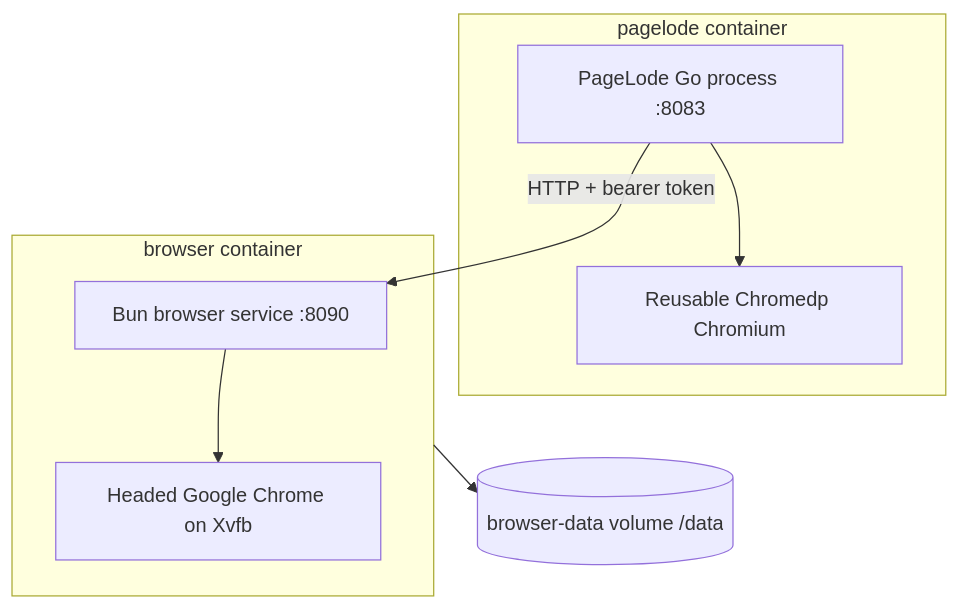
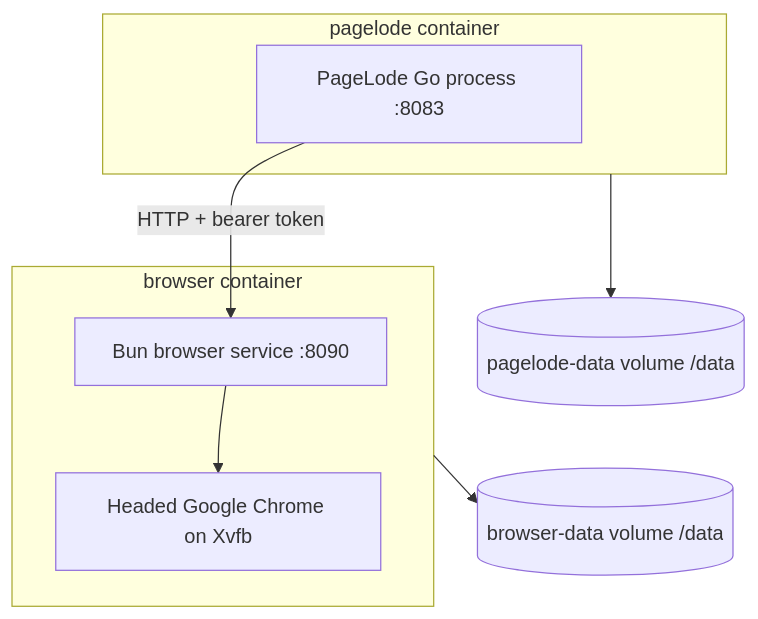
Before and after one commit to simonbalfe/pagelode: the seventh of 8 diagrams in docs/architecture.md, drawn with Mermaid. The commit also changed other lines of this file and 12 other files, not shown here.

````diff
--- a/docs/architecture.md
+++ b/docs/architecture.md
@@ -265,11 +257,12 @@
 ```mermaid
 flowchart TB
     subgraph PL[pagelode container]
-        Go[PageLode Go process :8083] --> ChromedpBrowser[Reusable Chromedp Chromium]
+        Go[PageLode Go process :8083]
     end
     subgraph BR[browser container]
         Service[Bun browser service :8090] --> Chrome[Headed Google Chrome on Xvfb]
     end
     Go -->|HTTP + bearer token| Service
+    PL --> StateVolume[(pagelode-data volume /data)]
     BR --> Volume[(browser-data volume /data)]
 ```
````
